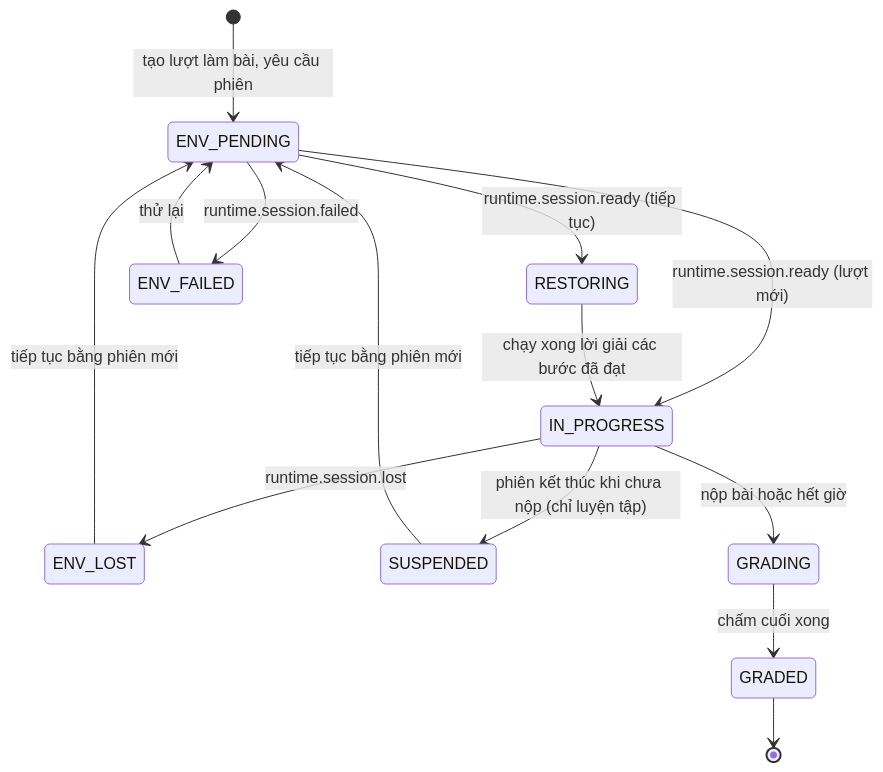
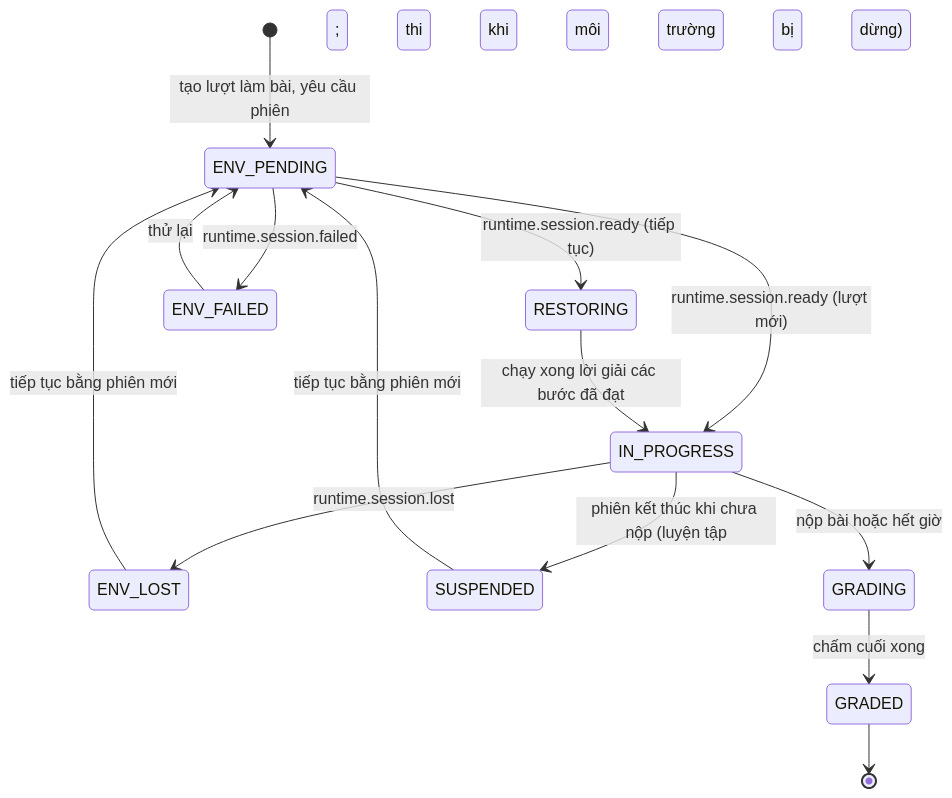
One commit to NhatMinh0311/Crucible changed the fifth of 10 diagrams in docs/02-kien-truc.md. Above: the diagram before and after it, drawn with Mermaid. The commit also changed other lines of this file and 7 other files, not shown here.

First line of the commit message:
Kỳ thi: cộng giờ của giảng viên, tiếp tục khi môi trường bị dừng

````diff
--- a/docs/02-kien-truc.md
+++ b/docs/02-kien-truc.md
@@ -217,16 +217,16 @@
 ```mermaid
 stateDiagram-v2
     [*] --> ENV_PENDING: tạo lượt làm bài, yêu cầu phiên
     ENV_PENDING --> IN_PROGRESS: runtime.session.ready (lượt mới)
     ENV_PENDING --> RESTORING: runtime.session.ready (tiếp tục)
     RESTORING --> IN_PROGRESS: chạy xong lời giải các bước đã đạt
     ENV_PENDING --> ENV_FAILED: runtime.session.failed
     IN_PROGRESS --> ENV_LOST: runtime.session.lost
-    IN_PROGRESS --> SUSPENDED: phiên kết thúc khi chưa nộp (chỉ luyện tập)
+    IN_PROGRESS --> SUSPENDED: phiên kết thúc khi chưa nộp (luyện tập; thi khi môi trường bị dừng)
     ENV_LOST --> ENV_PENDING: tiếp tục bằng phiên mới
     SUSPENDED --> ENV_PENDING: tiếp tục bằng phiên mới
     ENV_FAILED --> ENV_PENDING: thử lại
     IN_PROGRESS --> GRADING: nộp bài hoặc hết giờ
     GRADING --> GRADED: chấm cuối xong
     GRADED --> [*]
 ```
````
